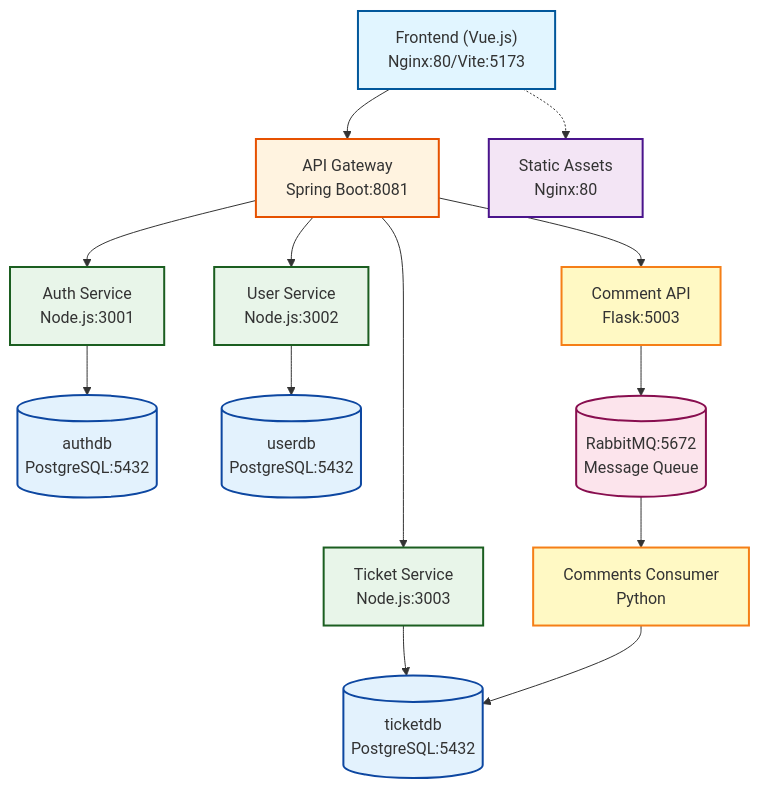
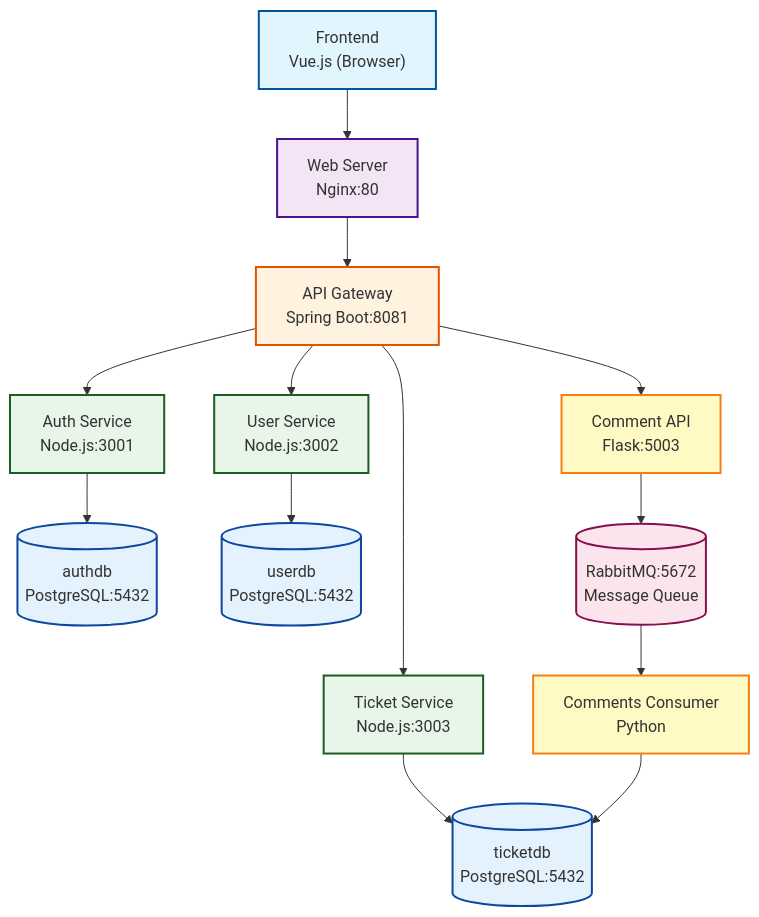
Before and after one commit to antoninofoti/fix-this-stuff: the diagram in documentation/ARCHITECTURE.md, drawn with Mermaid. The commit also changed 3 other files, not shown here.

Commit message:
fix architecture image visualization

````diff
--- a/documentation/ARCHITECTURE.md
+++ b/documentation/ARCHITECTURE.md
@@ -5,51 +5,50 @@
 ```mermaid
 graph TD
-    Frontend["Frontend (Vue.js)<br/>Nginx:80/Vite:5173"]
+    Frontend["Frontend<br/>Vue.js (Browser)"]
+    Nginx["Web Server<br/>Nginx:80"]
     Gateway["API Gateway<br/>Spring Boot:8081"]
-    StaticAssets["Static Assets<br/>Nginx:80"]
     
     AuthService["Auth Service<br/>Node.js:3001"]
     UserService["User Service<br/>Node.js:3002"]
     TicketService["Ticket Service<br/>Node.js:3003"]
     CommentAPI["Comment API<br/>Flask:5003"]
     
     AuthDB[("authdb<br/>PostgreSQL:5432")]
     UserDB[("userdb<br/>PostgreSQL:5432")]
     TicketDB[("ticketdb<br/>PostgreSQL:5432")]
     
     RabbitMQ[("RabbitMQ:5672<br/>Message Queue")]
     Consumer["Comments Consumer<br/>Python"]
     
-    Frontend --> Gateway
+    Frontend --> Nginx
+    Nginx --> Gateway
     
     Gateway --> AuthService
     Gateway --> UserService
     Gateway --> TicketService
     
     AuthService --> AuthDB
     UserService --> UserDB
     TicketService --> TicketDB
     
     Gateway --> CommentAPI
     CommentAPI --> RabbitMQ
     RabbitMQ --> Consumer
     Consumer --> TicketDB
     
-    Frontend -.-> StaticAssets
-    
     classDef frontend fill:#e1f5ff,stroke:#01579b,stroke-width:2px
+    classDef webserver fill:#f3e5f5,stroke:#4a148c,stroke-width:2px
     classDef gateway fill:#fff3e0,stroke:#e65100,stroke-width:2px
-    classDef static fill:#f3e5f5,stroke:#4a148c,stroke-width:2px
     classDef nodeService fill:#e8f5e9,stroke:#1b5e20,stroke-width:2px
     classDef pythonService fill:#fff9c4,stroke:#f57f17,stroke-width:2px
     classDef database fill:#e3f2fd,stroke:#0d47a1,stroke-width:2px
     classDef queue fill:#fce4ec,stroke:#880e4f,stroke-width:2px
     
     class Frontend frontend
+    class Nginx webserver
     class Gateway gateway
-    class StaticAssets static
     class AuthService,UserService,TicketService nodeService
     class CommentAPI,Consumer pythonService
     class AuthDB,UserDB,TicketDB database
     class RabbitMQ queue
 ```
````
